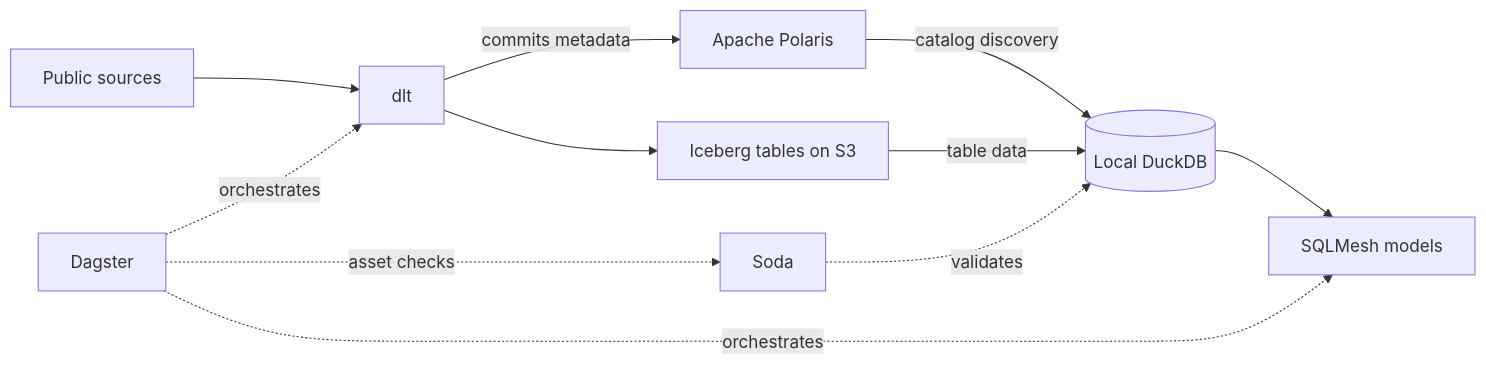
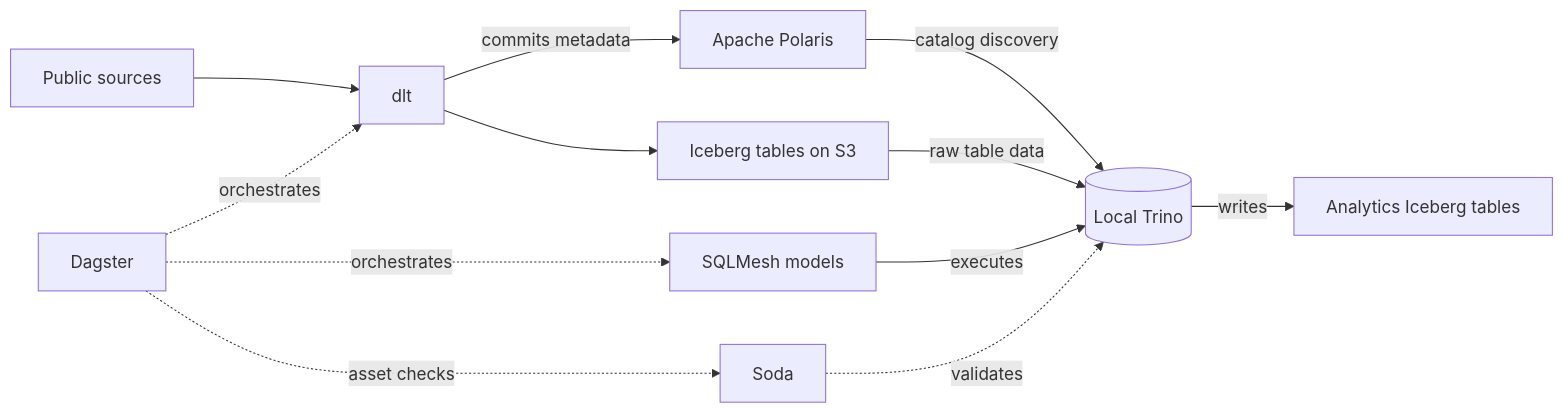
One commit to Doctacon/databox changed the first of 2 diagrams in README.md. Above: the diagram before and after it, drawn with Mermaid. The commit also changed other lines of this file and 49 other files, not shown here.

First line of the commit message:
feat: migrate SQLMesh production outputs to Trino Iceberg

````diff
--- a/README.md
+++ b/README.md
@@ -20,13 +20,14 @@
 ```mermaid
 flowchart LR
     sources[Public sources] --> dlt[dlt]
     dlt --> iceberg[Iceberg tables on S3]
     dlt -->|commits metadata| polaris[Apache Polaris]
-    polaris -->|catalog discovery| duckdb[(Local DuckDB)]
-    iceberg -->|table data| duckdb
-    duckdb --> sqlmesh[SQLMesh models]
-    soda[Soda] -. validates .-> duckdb
+    polaris -->|catalog discovery| trino[(Local Trino)]
+    iceberg -->|raw table data| trino
+    sqlmesh[SQLMesh models] -->|executes| trino
+    trino -->|writes| analytics[Analytics Iceberg tables]
+    soda[Soda] -. validates .-> trino
     dagster[Dagster] -. orchestrates .-> dlt
     dagster -. orchestrates .-> sqlmesh
     dagster -. asset checks .-> soda
 ```
````
